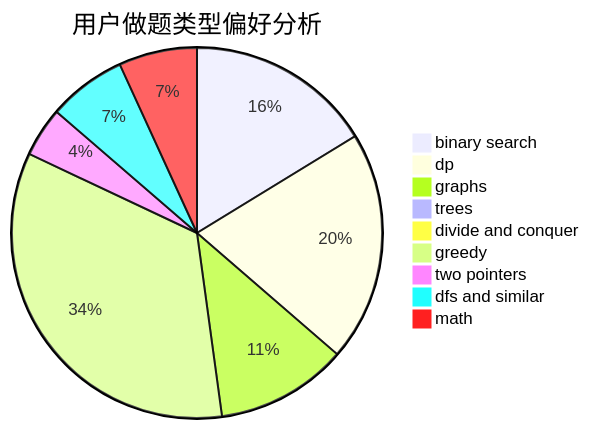
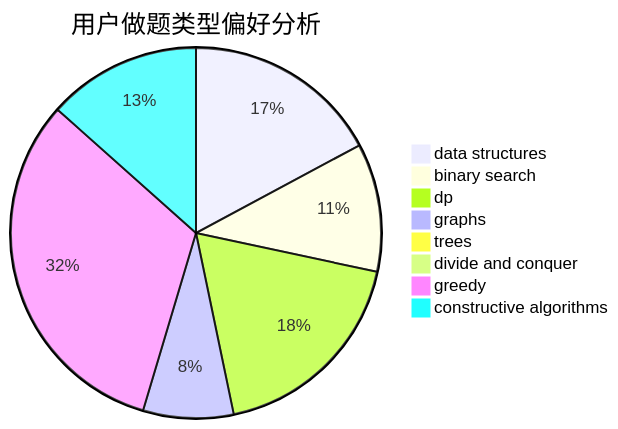
Before and after one commit to sherpahu/cfrs.github.io: the second of 3 diagrams in docs/user/u1843.md, drawn with Mermaid. The commit also changed other lines of this file and 2775 other files, not shown here.

````diff
--- a/docs/user/u1843.md
+++ b/docs/user/u1843.md
@@ -23,12 +23,11 @@
 ```mermaid
 pie title 用户做题类型偏好分析
-    "binary search" :  440
-    "dp" :  544
-    "graphs" :  311
-    "trees" :  17
-    "divide and conquer" :  7
-    "greedy" :  925
-    "two pointers" :  117
-    "dfs and similar" :  185
-    "math" :  185
+    "data structures" :  357
+    "binary search" :  233
+    "dp" :  382
+    "graphs" :  164
+    "trees" :  9
+    "divide and conquer" :  3
+    "greedy" :  665
+    "constructive algorithms" :  279
 ```
````
